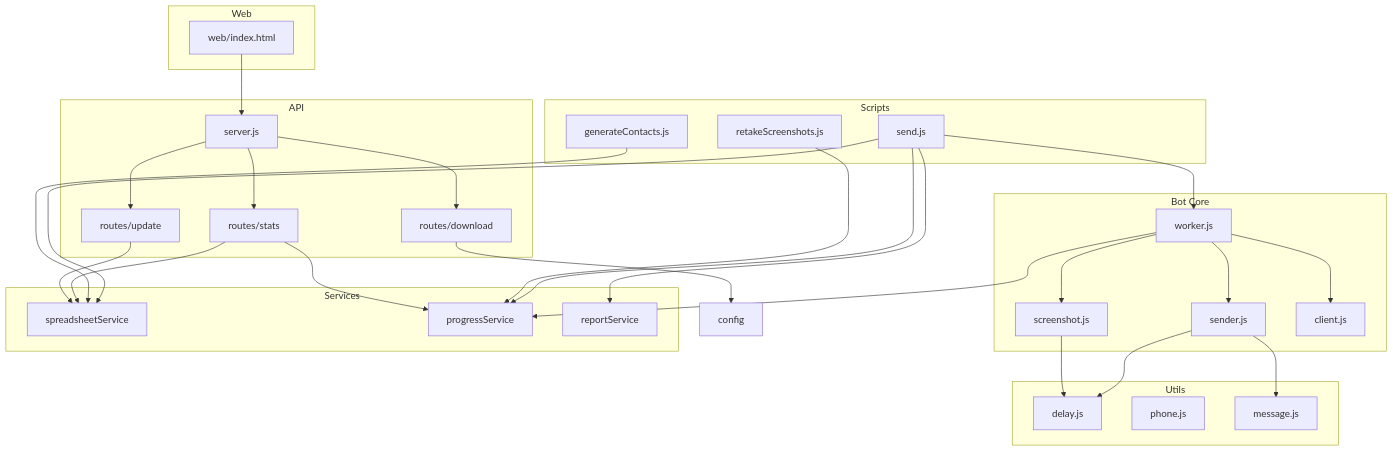
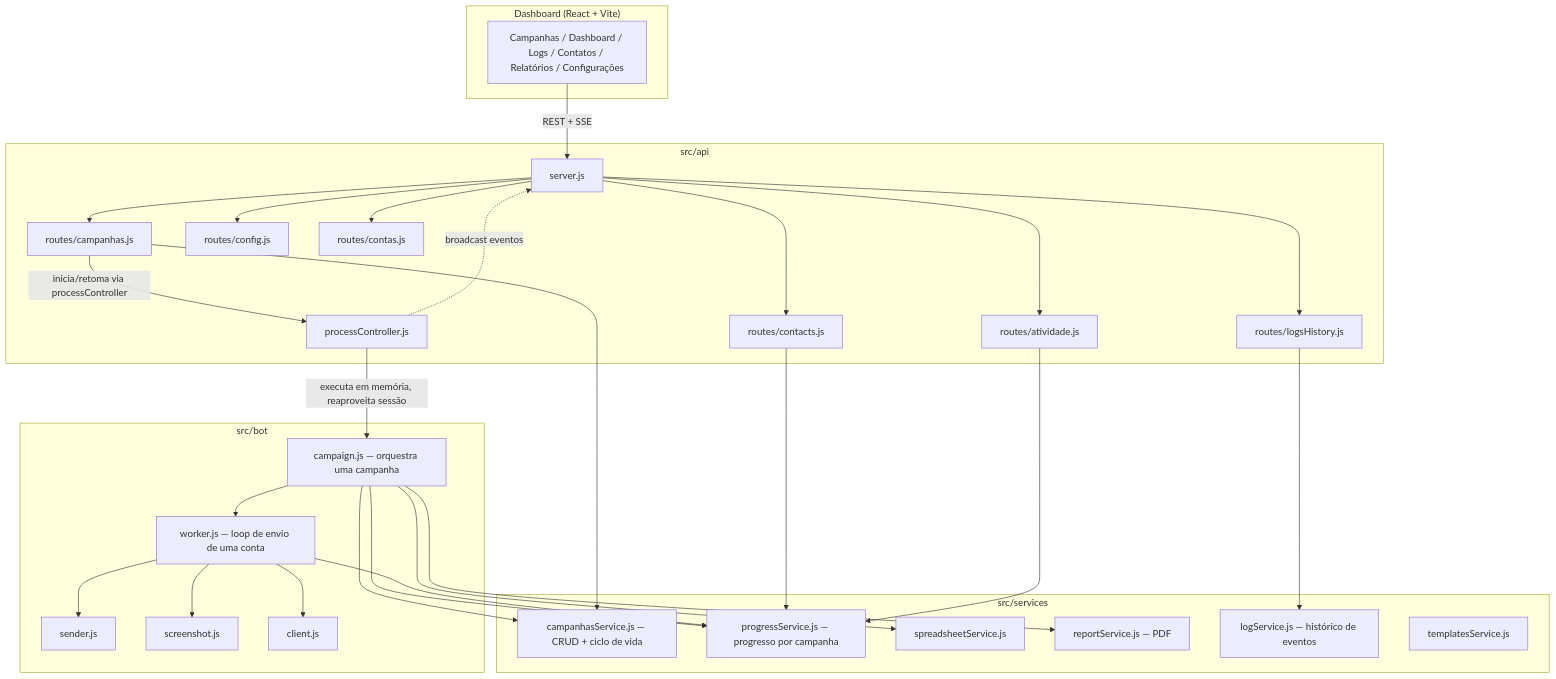
Before and after one commit to luc118i/bot-whats: the first of 3 diagrams in docs/ARCHITECTURE.md, drawn with Mermaid. The commit also changed other lines of this file and 1 other file, not shown here.

First line of the commit message:
Atualiza README e diagramas de arquitetura para refletir o sistema atual

````diff
--- a/docs/ARCHITECTURE.md
+++ b/docs/ARCHITECTURE.md
@@ -5,52 +5,53 @@
 ```mermaid
 graph TB
-  subgraph Scripts
-    S1[send.js]
-    S2[retakeScreenshots.js]
-    S3[generateContacts.js]
+  subgraph Frontend["Dashboard (React + Vite)"]
+    UI[Campanhas / Dashboard / Logs / Contatos / Relatórios / Configurações]
   end
-  subgraph Bot Core
-    W[worker.js]
+
+  subgraph API["src/api"]
+    SV[server.js]
+    RC[routes/campanhas.js]
+    RCT[routes/contacts.js]
+    RCF[routes/config.js]
+    RA[routes/atividade.js]
+    RL[routes/logsHistory.js]
+    RCN[routes/contas.js]
+    PC[processController.js]
+  end
+
+  subgraph Bot["src/bot"]
+    CAMP[campaign.js — orquestra uma campanha]
+    W[worker.js — loop de envio de uma conta]
     SN[sender.js]
     SC[screenshot.js]
     CL[client.js]
   end
-  subgraph Services
-    SP[spreadsheetService]
-    PR[progressService]
-    RE[reportService]
-  end
-  subgraph Utils
-    DL[delay.js]
-    PH[phone.js]
-    MS[message.js]
-  end
-  subgraph API
-    SV[server.js]
-    R1[routes/stats]
-    R2[routes/update]
-    R3[routes/download]
-  end
-  subgraph Web
-    UI[web/index.html]
+
+  subgraph Services["src/services"]
+    CS[campanhasService.js — CRUD + ciclo de vida]
+    PR["progressService.js — progresso por campanha"]
+    SP[spreadsheetService.js]
+    RE[reportService.js — PDF]
+    LS[logService.js — histórico de eventos]
+    TP[templatesService.js]
   end
 
-  S1 --> W
+  UI -->|REST + SSE| SV
+  SV --> RC & RCT & RCF & RA & RL & RCN
+  RC --> CS
+  RC -->|inicia/retoma via processController| PC
+  PC -->|executa em memória, reaproveita sessão| CAMP
+  CAMP --> W
+  CAMP --> CS
+  CAMP --> PR
+  CAMP --> SP
+  CAMP --> RE
   W --> SN
   W --> SC
   W --> CL
   W --> PR
-  SN --> MS
-  SN --> DL
-  SC --> DL
-  S1 --> SP
-  S1 --> PR
-  S1 --> RE
-  S2 --> PR
-  S3 --> SP
-  UI --> SV
-  SV --> R1 & R2 & R3
-  R1 --> SP & PR
-  R2 --> SP
-  R3 --> config
+  RCT --> PR
+  RA --> PR
+  RL --> LS
+  PC -.broadcast eventos.-> SV
 ```
````
